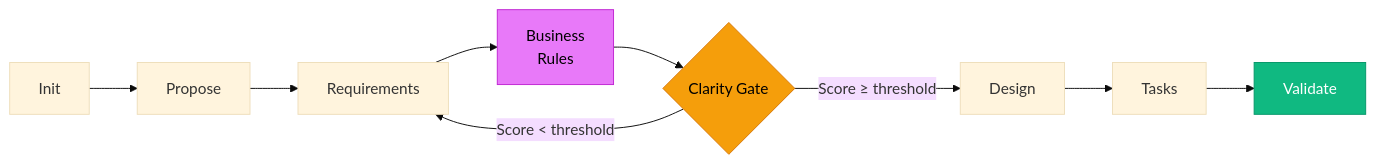
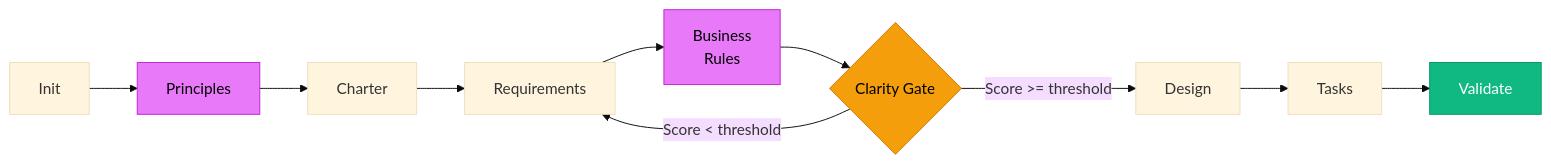
One commit to HendryAvila/sdd-hoffy changed the first of 3 diagrams in docs/workflow-guide.md. Above: the diagram before and after it, drawn with Mermaid (base theme). The commit also changed other lines of this file and 1 other file, not shown here.

Commit message:
docs: update tool-reference and workflow-guide for v1.0 — 40 tools, 9-stage pipeline, charter, principles, sdd_audit, docs/ paths

````diff
--- a/docs/workflow-guide.md
+++ b/docs/workflow-guide.md
@@ -87,15 +89,17 @@
 ```mermaid
 flowchart LR
-    A[Init] --> B[Propose]
+    A[Init] --> A2[Principles]
+    A2 --> B[Charter]
     B --> C[Requirements]
     C --> BR["Business\nRules"]
     BR --> D{Clarity Gate}
     D -->|Score < threshold| C
-    D -->|Score ≥ threshold| E[Design]
+    D -->|Score >= threshold| E[Design]
     E --> F[Tasks]
     F --> G[Validate]
 
+    style A2 fill:#e879f9,stroke:#c026d3,color:#000
     style BR fill:#e879f9,stroke:#c026d3,color:#000
     style D fill:#f59e0b,stroke:#d97706,color:#000
     style G fill:#10b981,stroke:#059669,color:#fff
 ```
````
